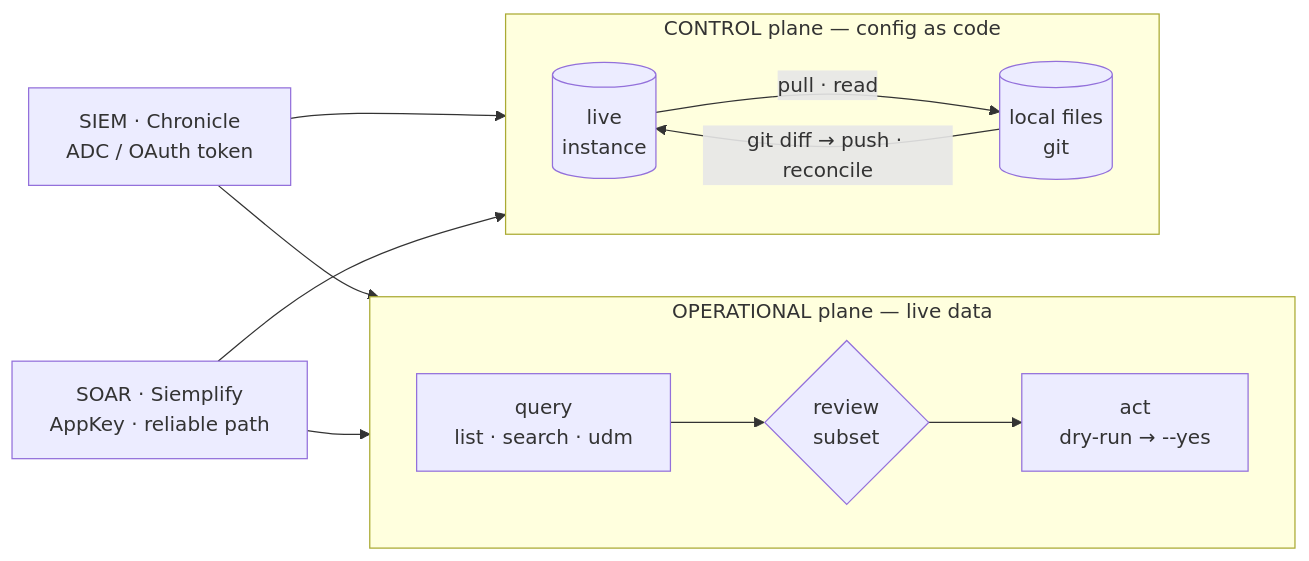
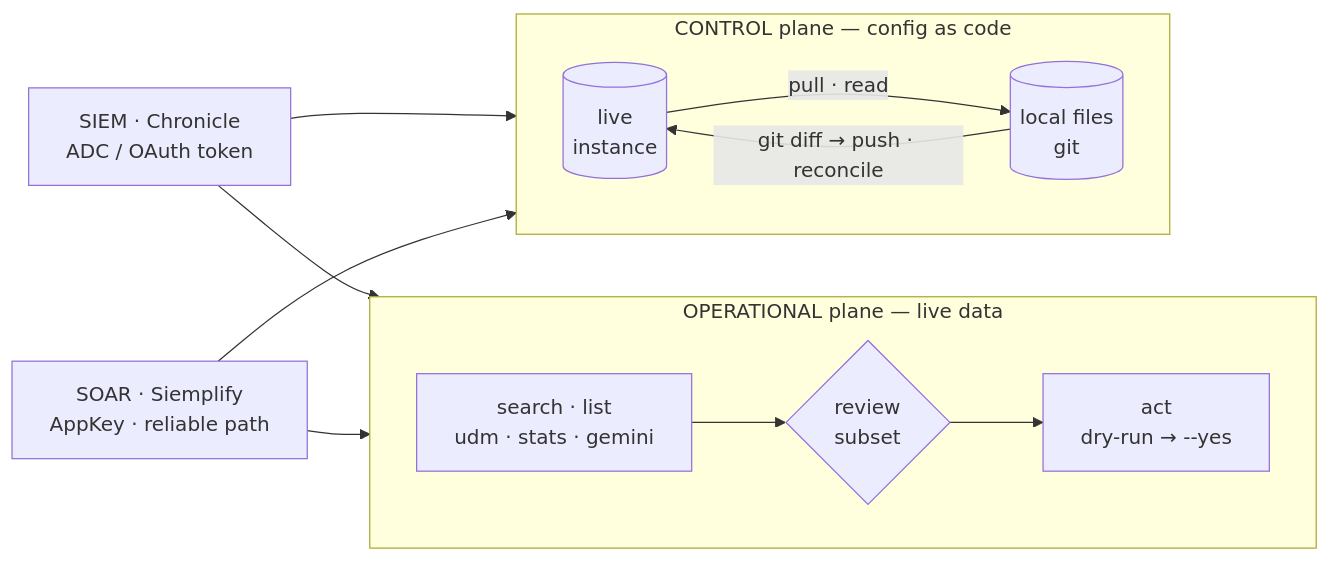
Before and after one commit to dannyota/secops: the diagram in docs/README.md, drawn with Mermaid. The commit also changed other lines of this file and 40 other files, not shown here.

````diff
--- a/docs/README.md
+++ b/docs/README.md
@@ -75,21 +85,21 @@
 ```mermaid
 flowchart LR
   SIEM["SIEM · Chronicle<br/>ADC / OAuth token"]
   SOAR["SOAR · Siemplify<br/>AppKey · reliable path"]
 
   subgraph CONTROL["CONTROL plane — config as code"]
     direction LR
     live[("live<br/>instance")] -- "pull · read" --> files[("local files<br/>git")]
     files -- "git diff → push · reconcile" --> live
   end
 
   subgraph OPS["OPERATIONAL plane — live data"]
     direction LR
-    query["query<br/>list · search · udm"] --> review{"review<br/>subset"} --> act["act<br/>dry-run → --yes"]
+    search["search · list<br/>udm · stats · gemini"] --> review{"review<br/>subset"} --> act["act<br/>dry-run → --yes"]
   end
 
   SIEM --> CONTROL
   SIEM --> OPS
   SOAR --> CONTROL
   SOAR --> OPS
 ```
````
